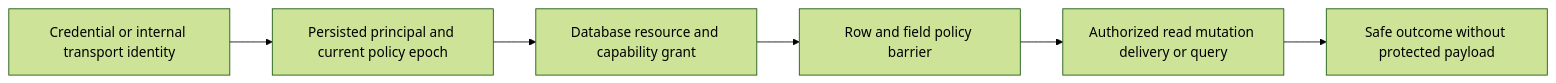
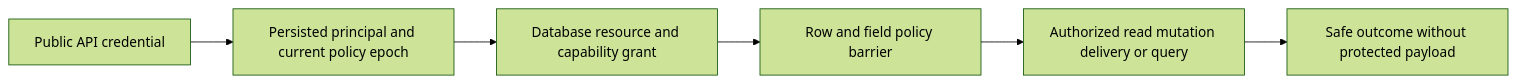
Before and after one commit to managedcode/KeyLoad: the diagram in docs/ADR/ADR-014-principals-rbac-row-policy.md, drawn with Mermaid (forest theme). The commit also changed other lines of this file and 271 other files, not shown here.

````diff
--- a/docs/ADR/ADR-014-principals-rbac-row-policy.md
+++ b/docs/ADR/ADR-014-principals-rbac-row-policy.md
@@ -27,8 +27,8 @@
 ```mermaid
 flowchart LR
-    Credential[Credential or internal transport identity] --> Principal[Persisted principal and current policy epoch]
+    Credential[Public API credential] --> Principal[Persisted principal and current policy epoch]
     Principal --> Scope[Database resource and capability grant]
     Scope --> Row[Row and field policy barrier]
     Row --> Operation[Authorized read mutation delivery or query]
     Operation --> Audit[Safe outcome without protected payload]
 ```
````
